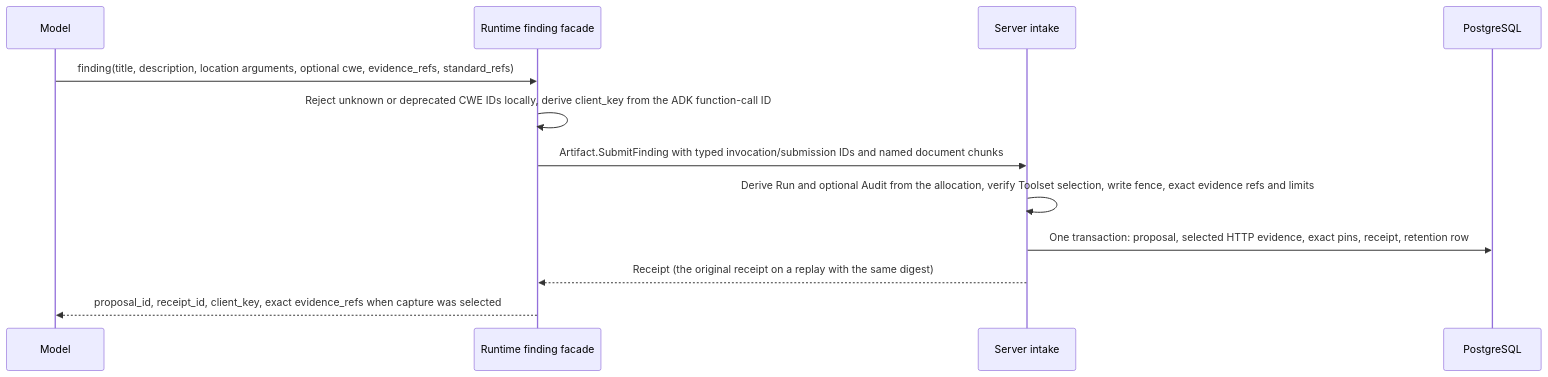
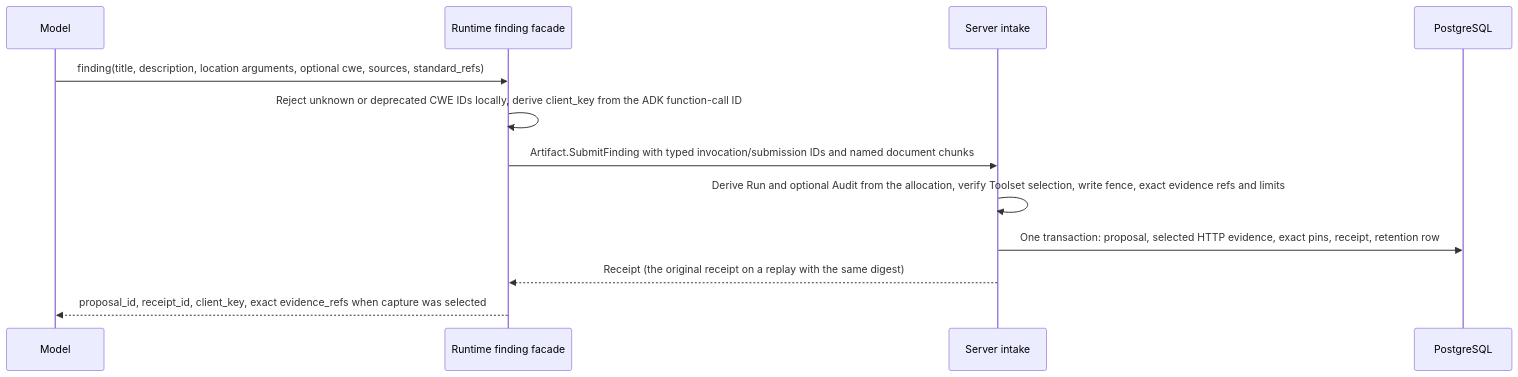
One commit to grauwolf32/contractor changed the second of 3 diagrams in docs/spec/findings/findings.md. Above: the diagram before and after it, drawn with Mermaid. The commit also changed other lines of this file and 57 other files, not shown here.

````diff
--- a/docs/spec/findings/findings.md
+++ b/docs/spec/findings/findings.md
@@ -611,14 +613,14 @@
 ```mermaid
 sequenceDiagram
     participant M as Model
     participant R as Runtime finding facade
     participant S as Server intake
     participant DB as PostgreSQL
-    M->>R: finding(title, description, location arguments, optional cwe, evidence_refs, standard_refs)
+    M->>R: finding(title, description, location arguments, optional cwe, sources, standard_refs)
     R->>R: Reject unknown or deprecated CWE IDs locally, derive client_key from the ADK function-call ID
     R->>S: Artifact.SubmitFinding with typed invocation/submission IDs and named document chunks
     S->>S: Derive Run and optional Audit from the allocation, verify Toolset selection, write fence, exact evidence refs and limits
     S->>DB: One transaction: proposal, selected HTTP evidence, exact pins, receipt, retention row
     S-->>R: Receipt (the original receipt on a replay with the same digest)
     R-->>M: proposal_id, receipt_id, client_key, exact evidence_refs when capture was selected
 ```
````
